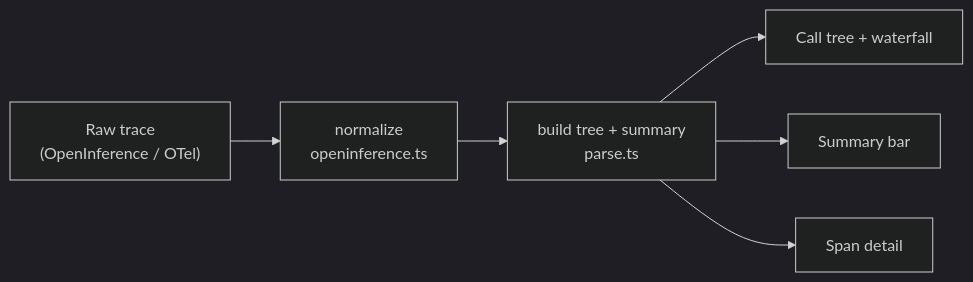
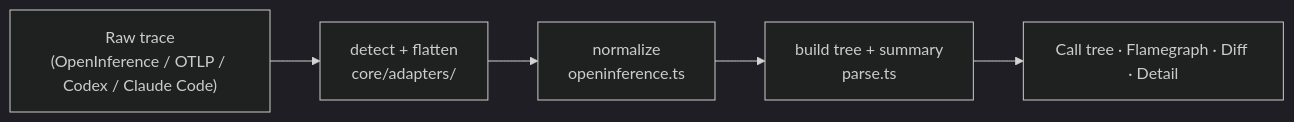
Before and after one commit to YuLeo926/tracelens: the diagram in README.md, drawn with Mermaid (dark theme). The commit also changed other lines of this file, not shown here.

````diff
--- a/README.md
+++ b/README.md
@@ -78,8 +79,7 @@
 ```mermaid
 flowchart LR
-  raw["Raw trace<br/>(OpenInference / OTel)"] --> norm["normalize<br/>openinference.ts"]
+  raw["Raw trace<br/>(OpenInference / OTLP / Codex / Claude Code)"] --> adapt["detect + flatten<br/>core/adapters/"]
+  adapt --> norm["normalize<br/>openinference.ts"]
   norm --> parse["build tree + summary<br/>parse.ts"]
-  parse --> tree["Call tree + waterfall"]
-  parse --> sum["Summary bar"]
-  parse --> detail["Span detail"]
+  parse --> views["Call tree · Flamegraph · Diff · Detail"]
 ```
````
